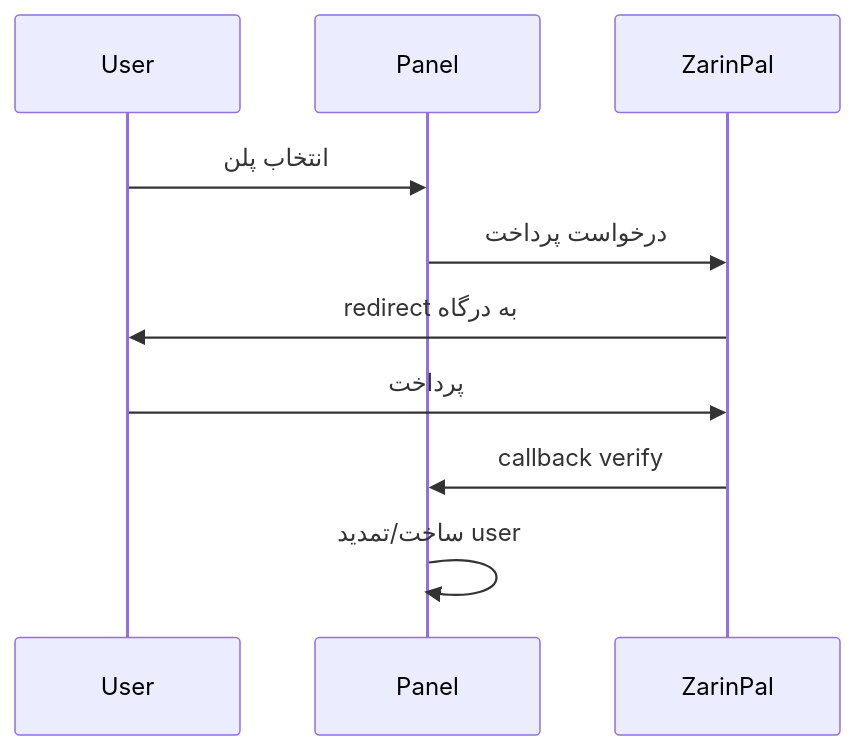
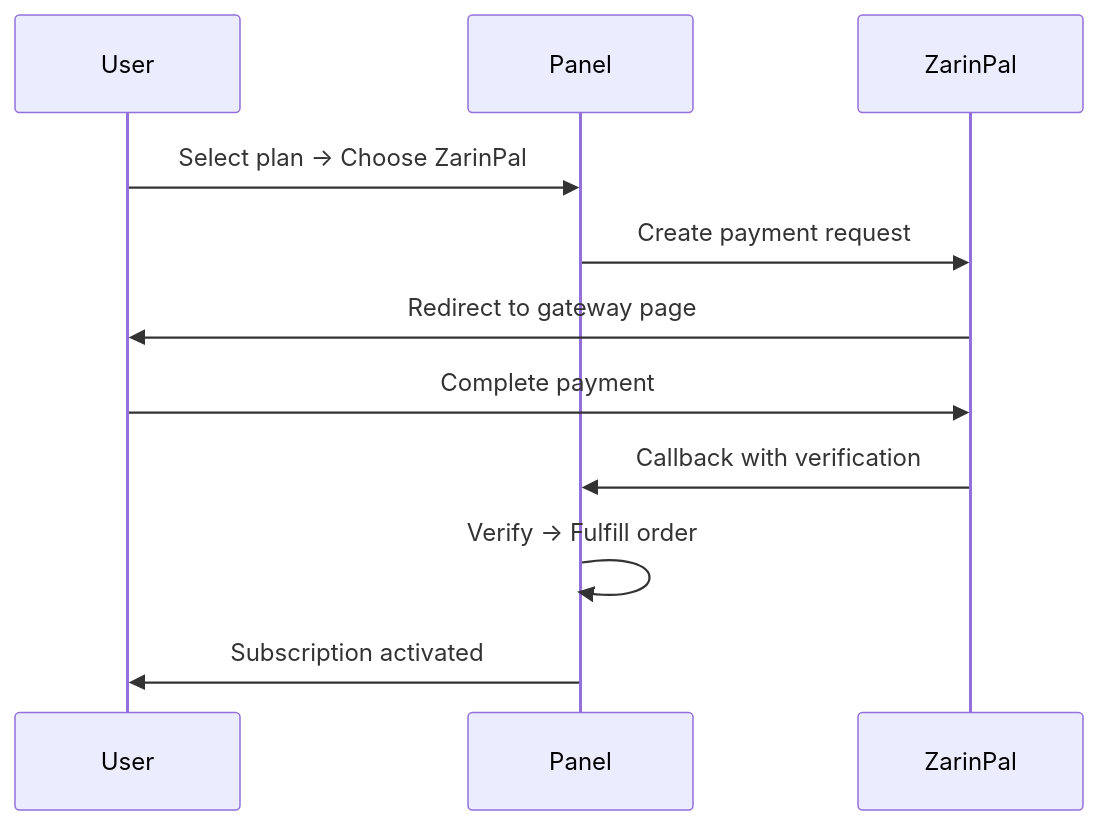
Before and after one commit to iPmartNetwork/VortexUI: the first of 2 diagrams in docs/wiki/fa/09-plans-payments.md, drawn with Mermaid. The commit also changed other lines of this file and 56 other files, not shown here.

````diff
--- a/docs/wiki/fa/09-plans-payments.md
+++ b/docs/wiki/fa/09-plans-payments.md
@@ -47,9 +80,13 @@
 ```mermaid
 sequenceDiagram
-    User->>Panel: انتخاب پلن
-    Panel->>ZarinPal: درخواست پرداخت
-    ZarinPal->>User: redirect به درگاه
-    User->>ZarinPal: پرداخت
-    ZarinPal->>Panel: callback verify
-    Panel->>Panel: ساخت/تمدید user
+    participant User
+    participant Panel
+    participant ZarinPal
+    User->>Panel: Select plan → Choose ZarinPal
+    Panel->>ZarinPal: Create payment request
+    ZarinPal->>User: Redirect to gateway page
+    User->>ZarinPal: Complete payment
+    ZarinPal->>Panel: Callback with verification
+    Panel->>Panel: Verify → Fulfill order
+    Panel->>User: Subscription activated
 ```
````
